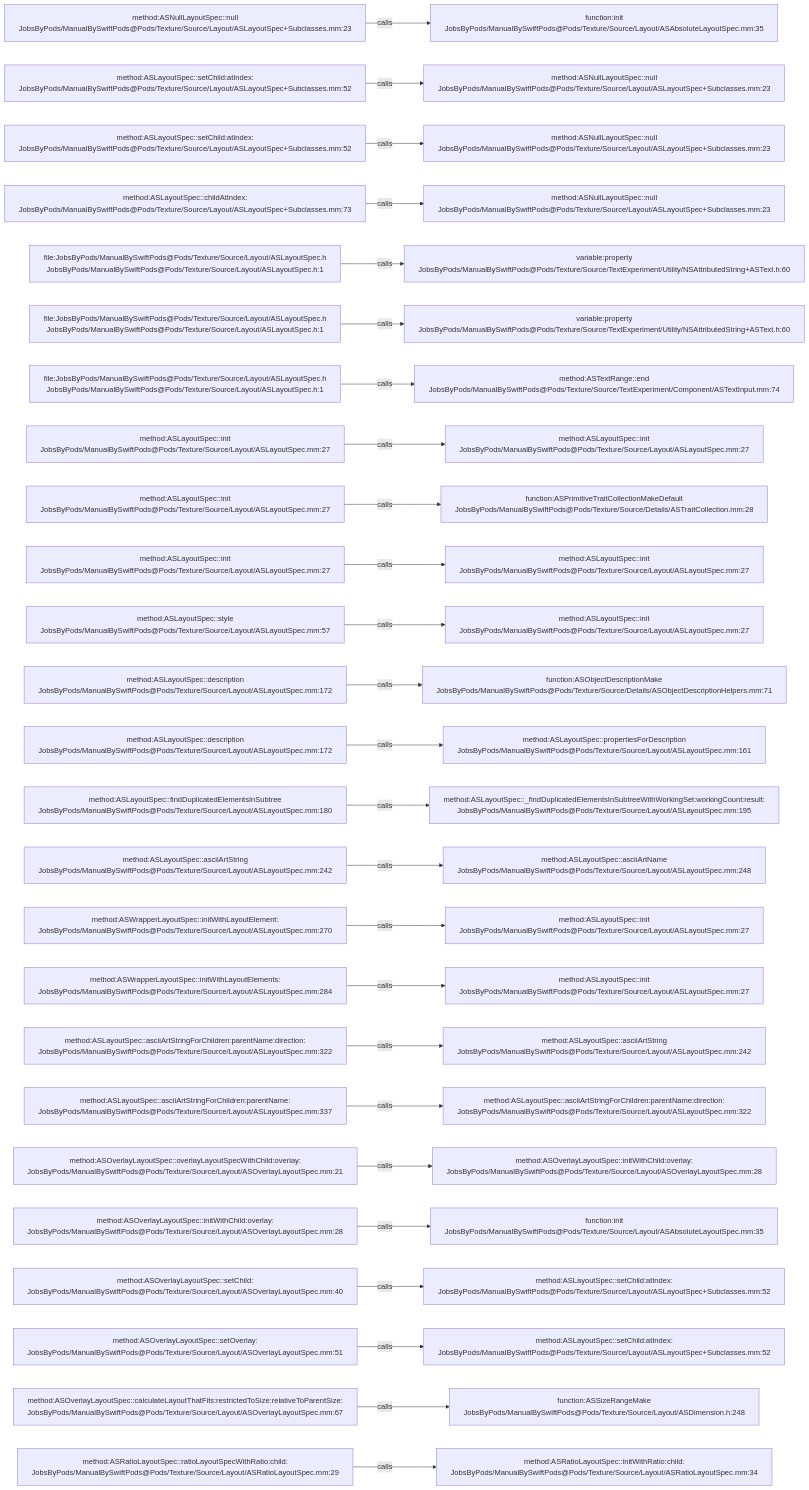
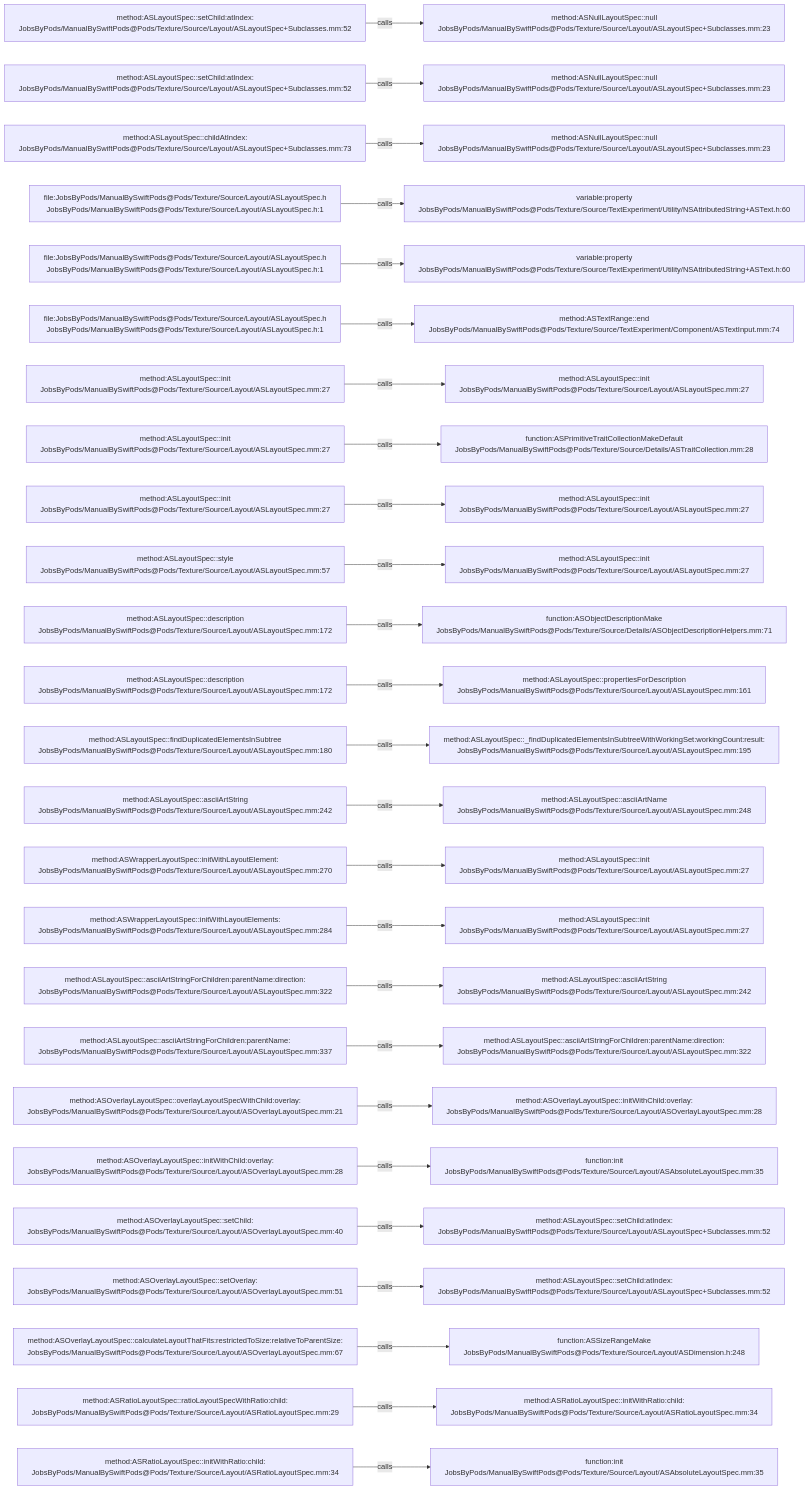
Before and after one commit to JobsKits/JobsSwiftBaseConfigDemo: the diagram in .codegraph/codegraph.md/graphs/calls-111.md, drawn with Mermaid. The commit also changed 747 other files, not shown here.

````diff
--- a/.codegraph/codegraph.md/graphs/calls-111.md
+++ b/.codegraph/codegraph.md/graphs/calls-111.md
@@ -13,78 +13,78 @@
 ```mermaid
 flowchart LR
-  S1["method:ASNullLayoutSpec::null<br/>JobsByPods/ManualBySwiftPods@Pods/Texture/Source/Layout/ASLayoutSpec+Subclasses.mm:23"]
-  T1["function:init<br/>JobsByPods/ManualBySwiftPods@Pods/Texture/Source/Layout/ASAbsoluteLayoutSpec.mm:35"]
+  S1["method:ASLayoutSpec::setChild:atIndex:<br/>JobsByPods/ManualBySwiftPods@Pods/Texture/Source/Layout/ASLayoutSpec+Subclasses.mm:52"]
+  T1["method:ASNullLayoutSpec::null<br/>JobsByPods/ManualBySwiftPods@Pods/Texture/Source/Layout/ASLayoutSpec+Subclasses.mm:23"]
   S1 -->|calls| T1
   S2["method:ASLayoutSpec::setChild:atIndex:<br/>JobsByPods/ManualBySwiftPods@Pods/Texture/Source/Layout/ASLayoutSpec+Subclasses.mm:52"]
   T2["method:ASNullLayoutSpec::null<br/>JobsByPods/ManualBySwiftPods@Pods/Texture/Source/Layout/ASLayoutSpec+Subclasses.mm:23"]
   S2 -->|calls| T2
-  S3["method:ASLayoutSpec::setChild:atIndex:<br/>JobsByPods/ManualBySwiftPods@Pods/Texture/Source/Layout/ASLayoutSpec+Subclasses.mm:52"]
+  S3["method:ASLayoutSpec::childAtIndex:<br/>JobsByPods/ManualBySwiftPods@Pods/Texture/Source/Layout/ASLayoutSpec+Subclasses.mm:73"]
   T3["method:ASNullLayoutSpec::null<br/>JobsByPods/ManualBySwiftPods@Pods/Texture/Source/Layout/ASLayoutSpec+Subclasses.mm:23"]
   S3 -->|calls| T3
-  S4["method:ASLayoutSpec::childAtIndex:<br/>JobsByPods/ManualBySwiftPods@Pods/Texture/Source/Layout/ASLayoutSpec+Subclasses.mm:73"]
-  T4["method:ASNullLayoutSpec::null<br/>JobsByPods/ManualBySwiftPods@Pods/Texture/Source/Layout/ASLayoutSpec+Subclasses.mm:23"]
+  S4["file:JobsByPods/ManualBySwiftPods@Pods/Texture/Source/Layout/ASLayoutSpec.h<br/>JobsByPods/ManualBySwiftPods@Pods/Texture/Source/Layout/ASLayoutSpec.h:1"]
+  T4["variable:property<br/>JobsByPods/ManualBySwiftPods@Pods/Texture/Source/TextExperiment/Utility/NSAttributedString+ASText.h:60"]
   S4 -->|calls| T4
   S5["file:JobsByPods/ManualBySwiftPods@Pods/Texture/Source/Layout/ASLayoutSpec.h<br/>JobsByPods/ManualBySwiftPods@Pods/Texture/Source/Layout/ASLayoutSpec.h:1"]
   T5["variable:property<br/>JobsByPods/ManualBySwiftPods@Pods/Texture/Source/TextExperiment/Utility/NSAttributedString+ASText.h:60"]
   S5 -->|calls| T5
   S6["file:JobsByPods/ManualBySwiftPods@Pods/Texture/Source/Layout/ASLayoutSpec.h<br/>JobsByPods/ManualBySwiftPods@Pods/Texture/Source/Layout/ASLayoutSpec.h:1"]
-  T6["variable:property<br/>JobsByPods/ManualBySwiftPods@Pods/Texture/Source/TextExperiment/Utility/NSAttributedString+ASText.h:60"]
+  T6["method:ASTextRange::end<br/>JobsByPods/ManualBySwiftPods@Pods/Texture/Source/TextExperiment/Component/ASTextInput.mm:74"]
   S6 -->|calls| T6
-  S7["file:JobsByPods/ManualBySwiftPods@Pods/Texture/Source/Layout/ASLayoutSpec.h<br/>JobsByPods/ManualBySwiftPods@Pods/Texture/Source/Layout/ASLayoutSpec.h:1"]
-  T7["method:ASTextRange::end<br/>JobsByPods/ManualBySwiftPods@Pods/Texture/Source/TextExperiment/Component/ASTextInput.mm:74"]
+  S7["method:ASLayoutSpec::init<br/>JobsByPods/ManualBySwiftPods@Pods/Texture/Source/Layout/ASLayoutSpec.mm:27"]
+  T7["method:ASLayoutSpec::init<br/>JobsByPods/ManualBySwiftPods@Pods/Texture/Source/Layout/ASLayoutSpec.mm:27"]
   S7 -->|calls| T7
   S8["method:ASLayoutSpec::init<br/>JobsByPods/ManualBySwiftPods@Pods/Texture/Source/Layout/ASLayoutSpec.mm:27"]
-  T8["method:ASLayoutSpec::init<br/>JobsByPods/ManualBySwiftPods@Pods/Texture/Source/Layout/ASLayoutSpec.mm:27"]
+  T8["function:ASPrimitiveTraitCollectionMakeDefault<br/>JobsByPods/ManualBySwiftPods@Pods/Texture/Source/Details/ASTraitCollection.mm:28"]
   S8 -->|calls| T8
   S9["method:ASLayoutSpec::init<br/>JobsByPods/ManualBySwiftPods@Pods/Texture/Source/Layout/ASLayoutSpec.mm:27"]
-  T9["function:ASPrimitiveTraitCollectionMakeDefault<br/>JobsByPods/ManualBySwiftPods@Pods/Texture/Source/Details/ASTraitCollection.mm:28"]
+  T9["method:ASLayoutSpec::init<br/>JobsByPods/ManualBySwiftPods@Pods/Texture/Source/Layout/ASLayoutSpec.mm:27"]
   S9 -->|calls| T9
-  S10["method:ASLayoutSpec::init<br/>JobsByPods/ManualBySwiftPods@Pods/Texture/Source/Layout/ASLayoutSpec.mm:27"]
+  S10["method:ASLayoutSpec::style<br/>JobsByPods/ManualBySwiftPods@Pods/Texture/Source/Layout/ASLayoutSpec.mm:57"]
   T10["method:ASLayoutSpec::init<br/>JobsByPods/ManualBySwiftPods@Pods/Texture/Source/Layout/ASLayoutSpec.mm:27"]
   S10 -->|calls| T10
-  S11["method:ASLayoutSpec::style<br/>JobsByPods/ManualBySwiftPods@Pods/Texture/Source/Layout/ASLayoutSpec.mm:57"]
-  T11["method:ASLayoutSpec::init<br/>JobsByPods/ManualBySwiftPods@Pods/Texture/Source/Layout/ASLayoutSpec.mm:27"]
+  S11["method:ASLayoutSpec::description<br/>JobsByPods/ManualBySwiftPods@Pods/Texture/Source/Layout/ASLayoutSpec.mm:172"]
+  T11["function:ASObjectDescriptionMake<br/>JobsByPods/ManualBySwiftPods@Pods/Texture/Source/Details/ASObjectDescriptionHelpers.mm:71"]
   S11 -->|calls| T11
   S12["method:ASLayoutSpec::description<br/>JobsByPods/ManualBySwiftPods@Pods/Texture/Source/Layout/ASLayoutSpec.mm:172"]
-  T12["function:ASObjectDescriptionMake<br/>JobsByPods/ManualBySwiftPods@Pods/Texture/Source/Details/ASObjectDescriptionHelpers.mm:71"]
+  T12["method:ASLayoutSpec::propertiesForDescription<br/>JobsByPods/ManualBySwiftPods@Pods/Texture/Source/Layout/ASLayoutSpec.mm:161"]
   S12 -->|calls| T12
-  S13["method:ASLayoutSpec::description<br/>JobsByPods/ManualBySwiftPods@Pods/Texture/Source/Layout/ASLayoutSpec.mm:172"]
-  T13["method:ASLayoutSpec::propertiesForDescription<br/>JobsByPods/ManualBySwiftPods@Pods/Texture/Source/Layout/ASLayoutSpec.mm:161"]
+  S13["method:ASLayoutSpec::findDuplicatedElementsInSubtree<br/>JobsByPods/ManualBySwiftPods@Pods/Texture/Source/Layout/ASLayoutSpec.mm:180"]
+  T13["method:ASLayoutSpec::_findDuplicatedElementsInSubtreeWithWorkingSet:workingCount:result:<br/>JobsByPods/ManualBySwiftPods@Pods/Texture/Source/Layout/ASLayoutSpec.mm:195"]
   S13 -->|calls| T13
-  S14["method:ASLayoutSpec::findDuplicatedElementsInSubtree<br/>JobsByPods/ManualBySwiftPods@Pods/Texture/Source/Layout/ASLayoutSpec.mm:180"]
-  T14["method:ASLayoutSpec::_findDuplicatedElementsInSubtreeWithWorkingSet:workingCount:result:<br/>JobsByPods/ManualBySwiftPods@Pods/Texture/Source/Layout/ASLayoutSpec.mm:195"]
+  S14["method:ASLayoutSpec::asciiArtString<br/>JobsByPods/ManualBySwiftPods@Pods/Texture/Source/Layout/ASLayoutSpec.mm:242"]
+  T14["method:ASLayoutSpec::asciiArtName<br/>JobsByPods/ManualBySwiftPods@Pods/Texture/Source/Layout/ASLayoutSpec.mm:248"]
   S14 -->|calls| T14
-  S15["method:ASLayoutSpec::asciiArtString<br/>JobsByPods/ManualBySwiftPods@Pods/Texture/Source/Layout/ASLayoutSpec.mm:242"]
-  T15["method:ASLayoutSpec::asciiArtName<br/>JobsByPods/ManualBySwiftPods@Pods/Texture/Source/Layout/ASLayoutSpec.mm:248"]
+  S15["method:ASWrapperLayoutSpec::initWithLayoutElement:<br/>JobsByPods/ManualBySwiftPods@Pods/Texture/Source/Layout/ASLayoutSpec.mm:270"]
+  T15["method:ASLayoutSpec::init<br/>JobsByPods/ManualBySwiftPods@Pods/Texture/Source/Layout/ASLayoutSpec.mm:27"]
   S15 -->|calls| T15
-  S16["method:ASWrapperLayoutSpec::initWithLayoutElement:<br/>JobsByPods/ManualBySwiftPods@Pods/Texture/Source/Layout/ASLayoutSpec.mm:270"]
+  S16["method:ASWrapperLayoutSpec::initWithLayoutElements:<br/>JobsByPods/ManualBySwiftPods@Pods/Texture/Source/Layout/ASLayoutSpec.mm:284"]
   T16["method:ASLayoutSpec::init<br/>JobsByPods/ManualBySwiftPods@Pods/Texture/Source/Layout/ASLayoutSpec.mm:27"]
   S16 -->|calls| T16
-  S17["method:ASWrapperLayoutSpec::initWithLayoutElements:<br/>JobsByPods/ManualBySwiftPods@Pods/Texture/Source/Layout/ASLayoutSpec.mm:284"]
-  T17["method:ASLayoutSpec::init<br/>JobsByPods/ManualBySwiftPods@Pods/Texture/Source/Layout/ASLayoutSpec.mm:27"]
+  S17["method:ASLayoutSpec::asciiArtStringForChildren:parentName:direction:<br/>JobsByPods/ManualBySwiftPods@Pods/Texture/Source/Layout/ASLayoutSpec.mm:322"]
+  T17["method:ASLayoutSpec::asciiArtString<br/>JobsByPods/ManualBySwiftPods@Pods/Texture/Source/Layout/ASLayoutSpec.mm:242"]
   S17 -->|calls| T17
-  S18["method:ASLayoutSpec::asciiArtStringForChildren:parentName:direction:<br/>JobsByPods/ManualBySwiftPods@Pods/Texture/Source/Layout/ASLayoutSpec.mm:322"]
-  T18["method:ASLayoutSpec::asciiArtString<br/>JobsByPods/ManualBySwiftPods@Pods/Texture/Source/Layout/ASLayoutSpec.mm:242"]
+  S18["method:ASLayoutSpec::asciiArtStringForChildren:parentName:<br/>JobsByPods/ManualBySwiftPods@Pods/Texture/Source/Layout/ASLayoutSpec.mm:337"]
+  T18["method:ASLayoutSpec::asciiArtStringForChildren:parentName:direction:<br/>JobsByPods/ManualBySwiftPods@Pods/Texture/Source/Layout/ASLayoutSpec.mm:322"]
   S18 -->|calls| T18
-  S19["method:ASLayoutSpec::asciiArtStringForChildren:parentName:<br/>JobsByPods/ManualBySwiftPods@Pods/Texture/Source/Layout/ASLayoutSpec.mm:337"]
-  T19["method:ASLayoutSpec::asciiArtStringForChildren:parentName:direction:<br/>JobsByPods/ManualBySwiftPods@Pods/Texture/Source/Layout/ASLayoutSpec.mm:322"]
+  S19["method:ASOverlayLayoutSpec::overlayLayoutSpecWithChild:overlay:<br/>JobsByPods/ManualBySwiftPods@Pods/Texture/Source/Layout/ASOverlayLayoutSpec.mm:21"]
+  T19["method:ASOverlayLayoutSpec::initWithChild:overlay:<br/>JobsByPods/ManualBySwiftPods@Pods/Texture/Source/Layout/ASOverlayLayoutSpec.mm:28"]
   S19 -->|calls| T19
-  S20["method:ASOverlayLayoutSpec::overlayLayoutSpecWithChild:overlay:<br/>JobsByPods/ManualBySwiftPods@Pods/Texture/Source/Layout/ASOverlayLayoutSpec.mm:21"]
-  T20["method:ASOverlayLayoutSpec::initWithChild:overlay:<br/>JobsByPods/ManualBySwiftPods@Pods/Texture/Source/Layout/ASOverlayLayoutSpec.mm:28"]
+  S20["method:ASOverlayLayoutSpec::initWithChild:overlay:<br/>JobsByPods/ManualBySwiftPods@Pods/Texture/Source/Layout/ASOverlayLayoutSpec.mm:28"]
+  T20["function:init<br/>JobsByPods/ManualBySwiftPods@Pods/Texture/Source/Layout/ASAbsoluteLayoutSpec.mm:35"]
   S20 -->|calls| T20
-  S21["method:ASOverlayLayoutSpec::initWithChild:overlay:<br/>JobsByPods/ManualBySwiftPods@Pods/Texture/Source/Layout/ASOverlayLayoutSpec.mm:28"]
-  T21["function:init<br/>JobsByPods/ManualBySwiftPods@Pods/Texture/Source/Layout/ASAbsoluteLayoutSpec.mm:35"]
+  S21["method:ASOverlayLayoutSpec::setChild:<br/>JobsByPods/ManualBySwiftPods@Pods/Texture/Source/Layout/ASOverlayLayoutSpec.mm:40"]
+  T21["method:ASLayoutSpec::setChild:atIndex:<br/>JobsByPods/ManualBySwiftPods@Pods/Texture/Source/Layout/ASLayoutSpec+Subclasses.mm:52"]
   S21 -->|calls| T21
-  S22["method:ASOverlayLayoutSpec::setChild:<br/>JobsByPods/ManualBySwiftPods@Pods/Texture/Source/Layout/ASOverlayLayoutSpec.mm:40"]
+  S22["method:ASOverlayLayoutSpec::setOverlay:<br/>JobsByPods/ManualBySwiftPods@Pods/Texture/Source/Layout/ASOverlayLayoutSpec.mm:51"]
   T22["method:ASLayoutSpec::setChild:atIndex:<br/>JobsByPods/ManualBySwiftPods@Pods/Texture/Source/Layout/ASLayoutSpec+Subclasses.mm:52"]
   S22 -->|calls| T22
-  S23["method:ASOverlayLayoutSpec::setOverlay:<br/>JobsByPods/ManualBySwiftPods@Pods/Texture/Source/Layout/ASOverlayLayoutSpec.mm:51"]
-  T23["method:ASLayoutSpec::setChild:atIndex:<br/>JobsByPods/ManualBySwiftPods@Pods/Texture/Source/Layout/ASLayoutSpec+Subclasses.mm:52"]
+  S23["method:ASOverlayLayoutSpec::calculateLayoutThatFits:restrictedToSize:relativeToParentSize:<br/>JobsByPods/ManualBySwiftPods@Pods/Texture/Source/Layout/ASOverlayLayoutSpec.mm:67"]
+  T23["function:ASSizeRangeMake<br/>JobsByPods/ManualBySwiftPods@Pods/Texture/Source/Layout/ASDimension.h:248"]
   S23 -->|calls| T23
-  S24["method:ASOverlayLayoutSpec::calculateLayoutThatFits:restrictedToSize:relativeToParentSize:<br/>JobsByPods/ManualBySwiftPods@Pods/Texture/Source/Layout/ASOverlayLayoutSpec.mm:67"]
-  T24["function:ASSizeRangeMake<br/>JobsByPods/ManualBySwiftPods@Pods/Texture/Source/Layout/ASDimension.h:248"]
+  S24["method:ASRatioLayoutSpec::ratioLayoutSpecWithRatio:child:<br/>JobsByPods/ManualBySwiftPods@Pods/Texture/Source/Layout/ASRatioLayoutSpec.mm:29"]
+  T24["method:ASRatioLayoutSpec::initWithRatio:child:<br/>JobsByPods/ManualBySwiftPods@Pods/Texture/Source/Layout/ASRatioLayoutSpec.mm:34"]
   S24 -->|calls| T24
-  S25["method:ASRatioLayoutSpec::ratioLayoutSpecWithRatio:child:<br/>JobsByPods/ManualBySwiftPods@Pods/Texture/Source/Layout/ASRatioLayoutSpec.mm:29"]
-  T25["method:ASRatioLayoutSpec::initWithRatio:child:<br/>JobsByPods/ManualBySwiftPods@Pods/Texture/Source/Layout/ASRatioLayoutSpec.mm:34"]
+  S25["method:ASRatioLayoutSpec::initWithRatio:child:<br/>JobsByPods/ManualBySwiftPods@Pods/Texture/Source/Layout/ASRatioLayoutSpec.mm:34"]
+  T25["function:init<br/>JobsByPods/ManualBySwiftPods@Pods/Texture/Source/Layout/ASAbsoluteLayoutSpec.mm:35"]
   S25 -->|calls| T25
 ```
````
